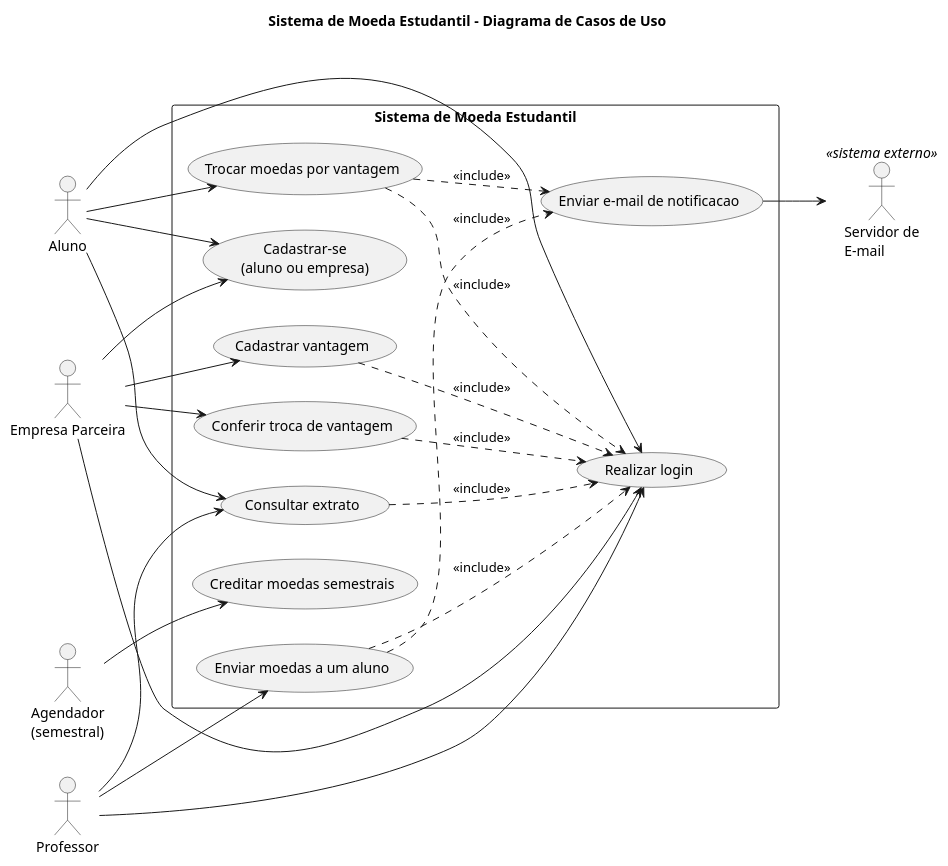
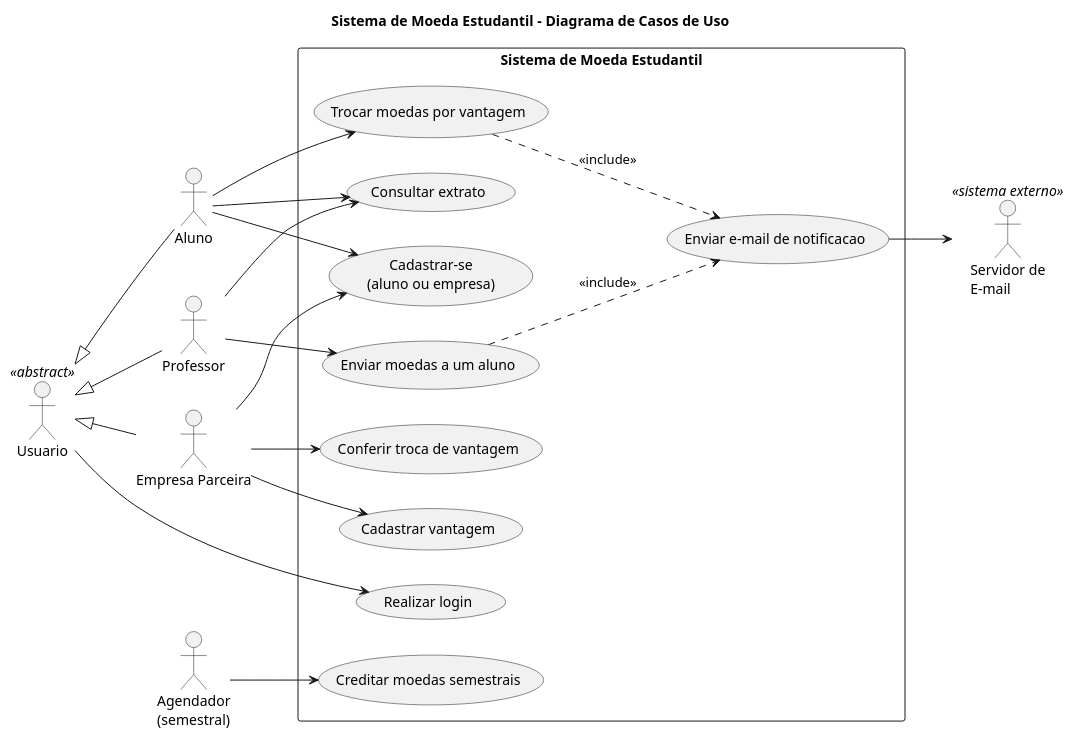
Before and after one commit to fillmello/lab03_rounds: the diagram in docs/diagramas/casos-de-uso.puml, drawn with PlantUML. The commit also changed 7 other files, not shown here.

```diff
--- a/docs/diagramas/casos-de-uso.puml
+++ b/docs/diagramas/casos-de-uso.puml
@@ -1,52 +1,50 @@
 @startuml casos-de-uso
 title Sistema de Moeda Estudantil - Diagrama de Casos de Uso
 left to right direction
 skinparam packageStyle rectangle
 skinparam shadowing false
 
+actor Usuario <<abstract>>
 actor Aluno
 actor Professor
 actor "Empresa Parceira" as Empresa
 actor "Agendador\n(semestral)" as Agendador
 actor "Servidor de\nE-mail" as Email <<sistema externo>>
 
 rectangle "Sistema de Moeda Estudantil" {
   usecase "Realizar login" as UC01
   usecase "Cadastrar-se\n(aluno ou empresa)" as UC02
   usecase "Enviar moedas a um aluno" as UC03
   usecase "Consultar extrato" as UC04
   usecase "Trocar moedas por vantagem" as UC05
   usecase "Cadastrar vantagem" as UC06
   usecase "Conferir troca de vantagem" as UC07
   usecase "Creditar moedas semestrais" as UC08
   usecase "Enviar e-mail de notificacao" as UC09
 }
 
-Aluno --> UC01
 Aluno --> UC02
 Aluno --> UC04
 Aluno --> UC05
 
-Professor --> UC01
 Professor --> UC03
 Professor --> UC04
 
-Empresa --> UC01
 Empresa --> UC02
 Empresa --> UC06
 Empresa --> UC07
 
+Usuario --> UC01
+Usuario <|-- Aluno
+Usuario <|-- Professor
+Usuario <|-- Empresa
+
 Agendador --> UC08
 UC09 --> Email
 
-UC03 ..> UC01 : <<include>>
-UC04 ..> UC01 : <<include>>
-UC05 ..> UC01 : <<include>>
-UC06 ..> UC01 : <<include>>
-UC07 ..> UC01 : <<include>>
 UC03 ..> UC09 : <<include>>
 UC05 ..> UC09 : <<include>>
 
 
 
 @enduml
```
